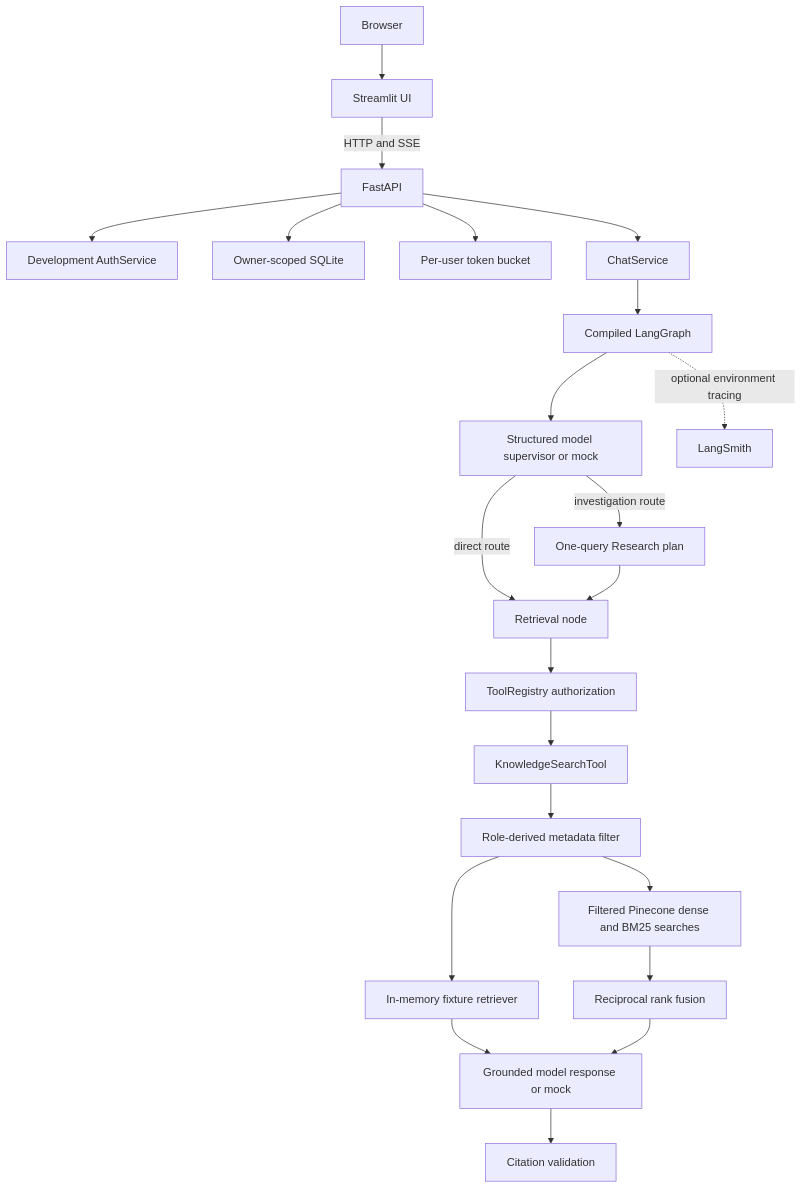
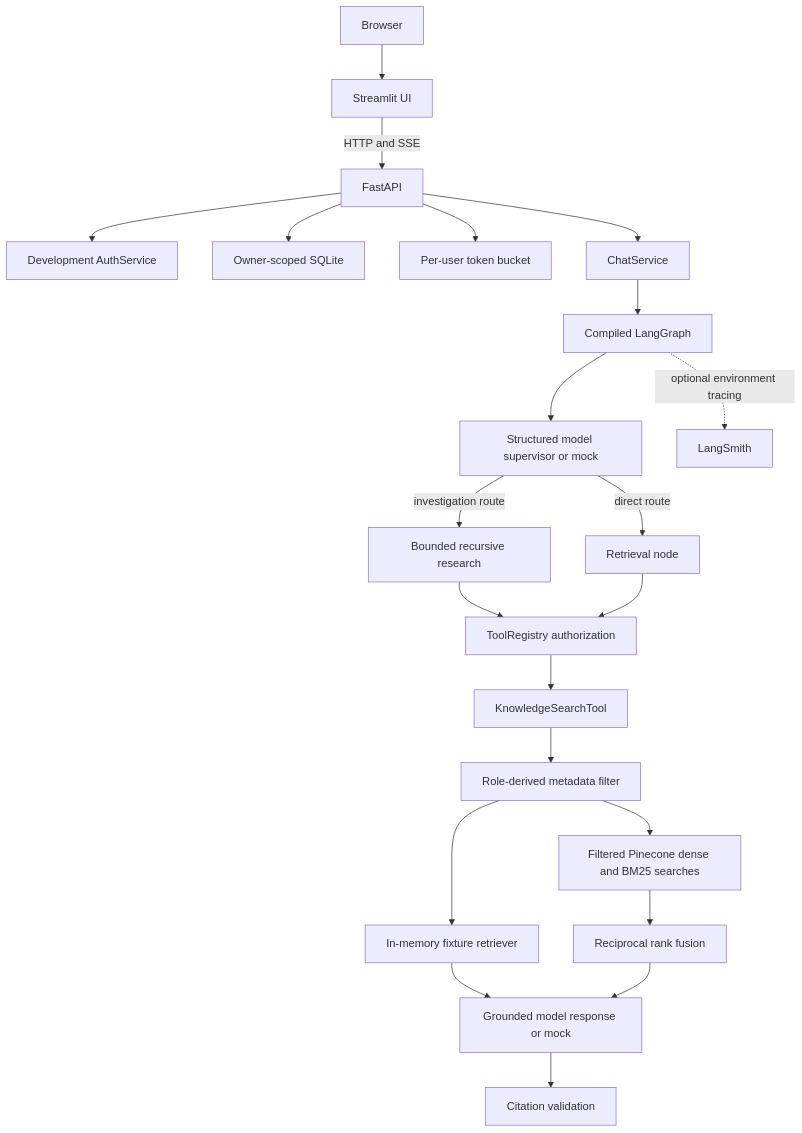
The first of 2 diagrams in docs/architecture.md (Thavarshan/enterprise-knowledge-assistant), drawn with Mermaid before and after one commit. The commit also changed other lines of this file and 17 other files, not shown here.

Commit message:
feat: execute bounded recursive research

````diff
--- a/docs/architecture.md
+++ b/docs/architecture.md
@@ -19,24 +20,24 @@
 ```mermaid
 flowchart TB
   Browser --> UI[Streamlit UI]
   UI -->|HTTP and SSE| API[FastAPI]
   API --> Auth[Development AuthService]
   API --> Owner[Owner-scoped SQLite]
   API --> Limit[Per-user token bucket]
   API --> Chat[ChatService]
   Chat --> Graph[Compiled LangGraph]
   Graph --> Supervisor[Structured model supervisor or mock]
   Supervisor -->|direct route| Retrieval[Retrieval node]
-  Supervisor -->|investigation route| Research[One-query Research plan]
-  Research --> Retrieval
+  Supervisor -->|investigation route| Research[Bounded recursive research]
+  Research --> Registry
   Retrieval --> Registry[ToolRegistry authorization]
   Registry --> Knowledge[KnowledgeSearchTool]
   Knowledge --> Filter[Role-derived metadata filter]
   Filter --> Fixture[In-memory fixture retriever]
   Filter --> Pinecone[Filtered Pinecone dense and BM25 searches]
   Pinecone --> RRF[Reciprocal rank fusion]
   Fixture --> Response[Grounded model response or mock]
   RRF --> Response
   Response --> Validate[Citation validation]
   Graph -. optional environment tracing .-> LangSmith[LangSmith]
 ```
````
